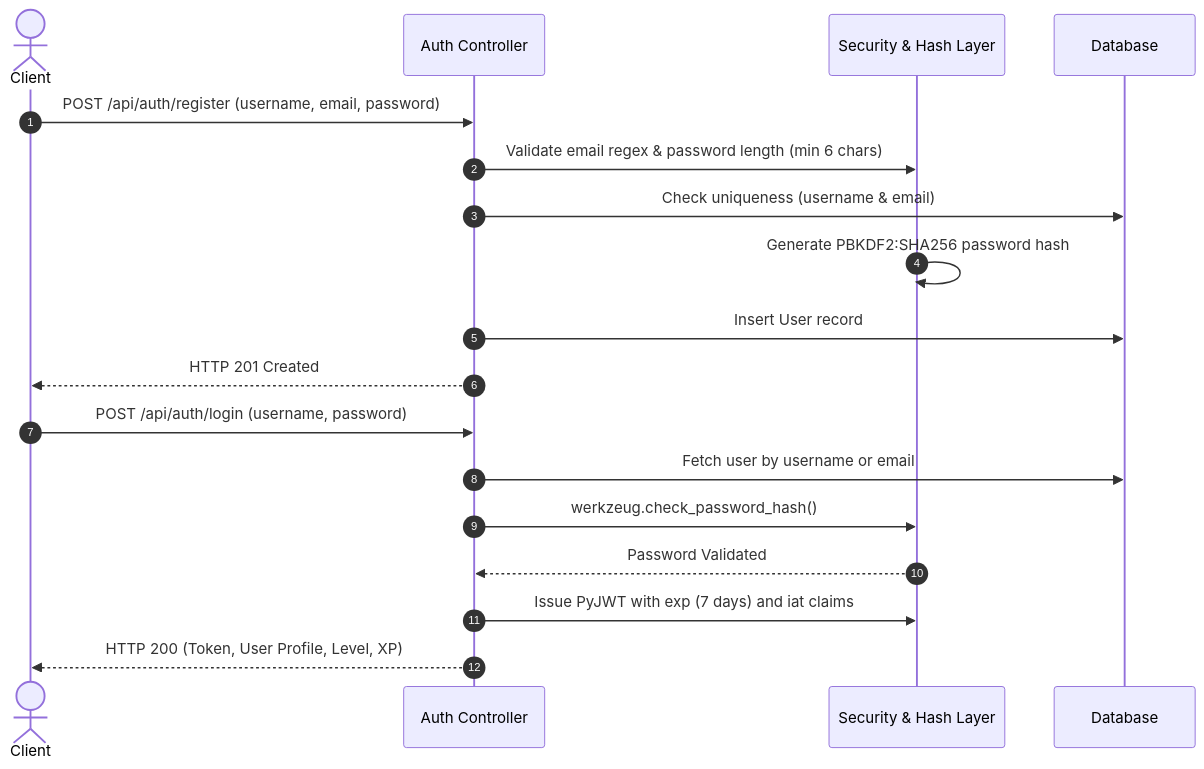
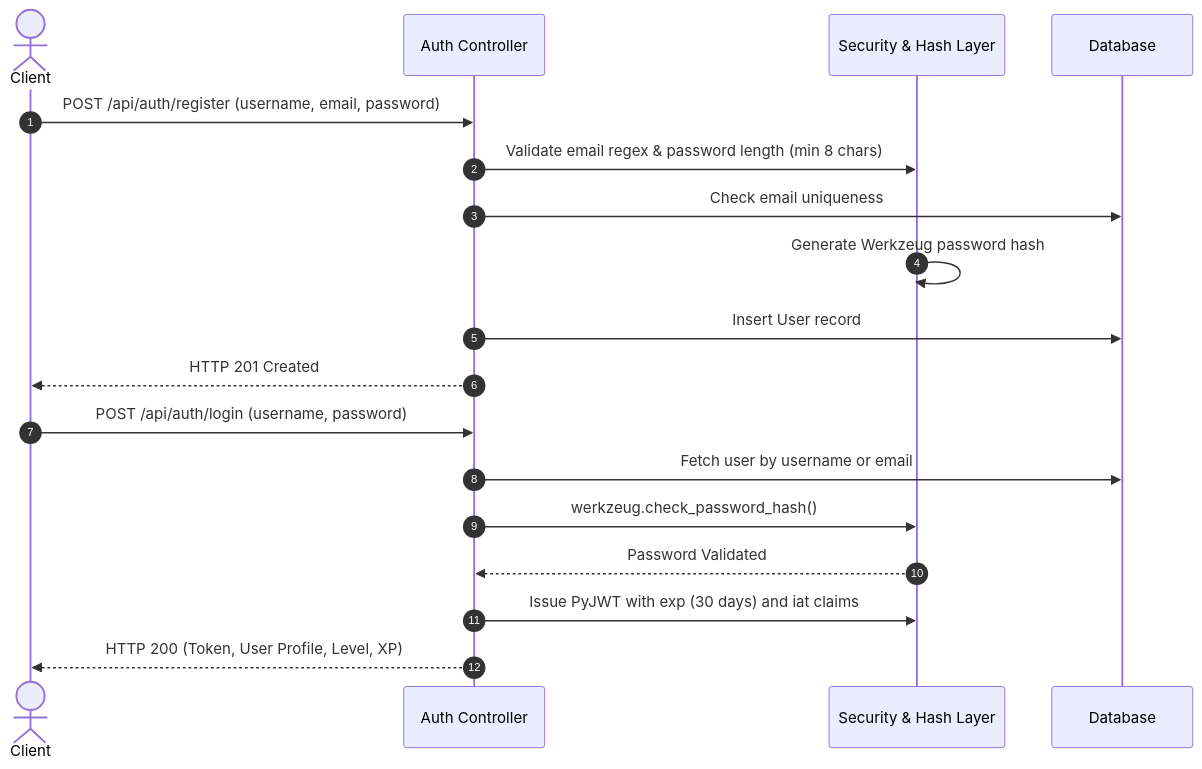
One commit to KerberoSec/Sanyam_Hackathon_2nd_Rank changed the seventh of 10 diagrams in README.md. Above: the diagram before and after it, drawn with Mermaid. The commit also changed other lines of this file and 33 other files, not shown here.

````diff
--- a/README.md
+++ b/README.md
@@ -388,22 +380,22 @@
 ```mermaid
 sequenceDiagram
     autonumber
     actor Client
     participant Auth as Auth Controller
     participant Security as Security & Hash Layer
     participant DB as Database
 
     Client->>Auth: POST /api/auth/register (username, email, password)
-    Auth->>Security: Validate email regex & password length (min 6 chars)
-    Auth->>DB: Check uniqueness (username & email)
-    Security->>Security: Generate PBKDF2:SHA256 password hash
+    Auth->>Security: Validate email regex & password length (min 8 chars)
+    Auth->>DB: Check email uniqueness
+    Security->>Security: Generate Werkzeug password hash
     Auth->>DB: Insert User record
     Auth-->>Client: HTTP 201 Created
 
     Client->>Auth: POST /api/auth/login (username, password)
     Auth->>DB: Fetch user by username or email
     Auth->>Security: werkzeug.check_password_hash()
     Security-->>Auth: Password Validated
-    Auth->>Security: Issue PyJWT with exp (7 days) and iat claims
+    Auth->>Security: Issue PyJWT with exp (30 days) and iat claims
     Auth-->>Client: HTTP 200 (Token, User Profile, Level, XP)
 ```
````
